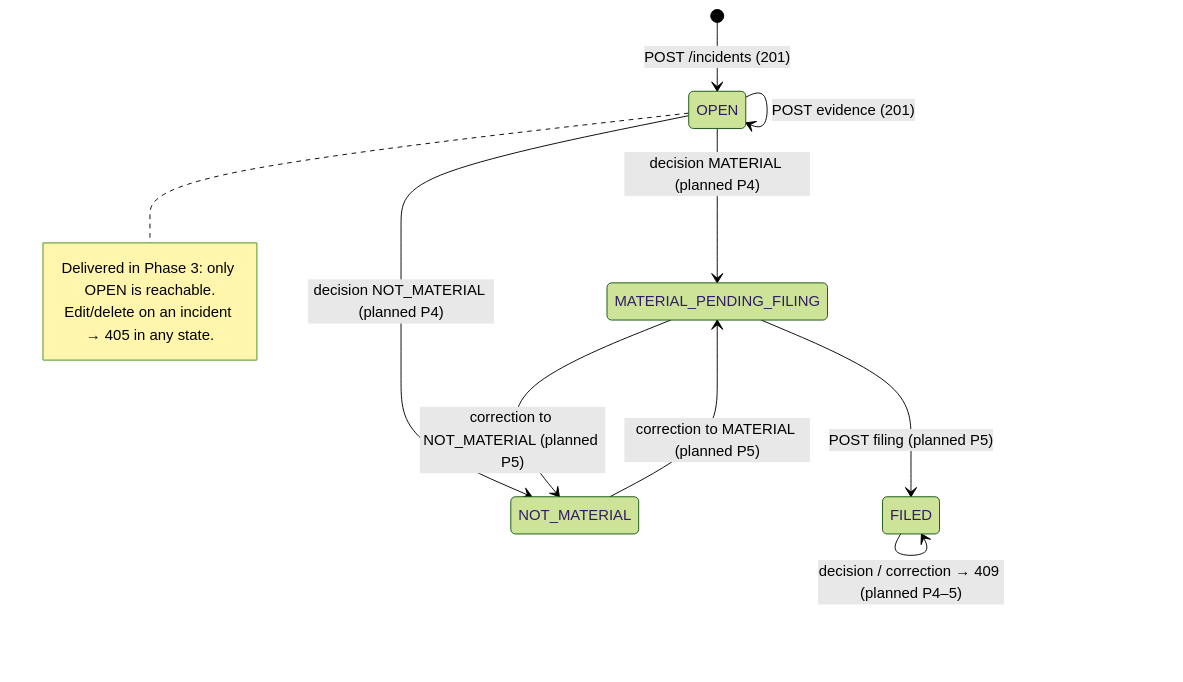
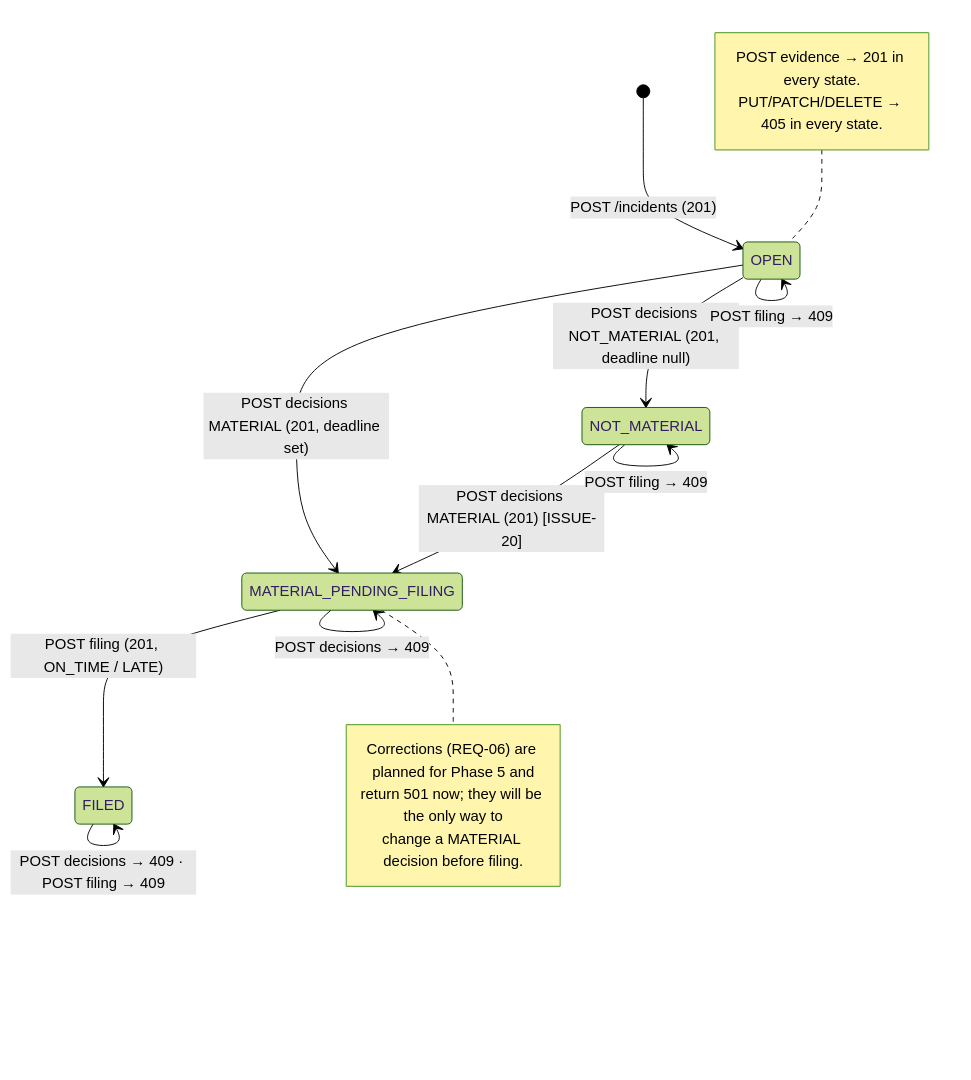
Before and after one commit to saachikayadav/incident-clock: the third of 6 diagrams in docs/models.md, drawn with Mermaid (forest theme). The commit also changed other lines of this file and 26 other files, not shown here.

Commit message:
Phase 4: decisions, state rules, deadline calculator, deadline status, filing

````diff
--- a/docs/models.md
+++ b/docs/models.md
@@ -117,16 +120,23 @@
 ```mermaid
 stateDiagram-v2
   [*] --> OPEN : POST /incidents (201)
-  OPEN --> OPEN : POST evidence (201)
-  OPEN --> MATERIAL_PENDING_FILING : decision MATERIAL (planned P4)
-  OPEN --> NOT_MATERIAL : decision NOT_MATERIAL (planned P4)
-  NOT_MATERIAL --> MATERIAL_PENDING_FILING : correction to MATERIAL (planned P5)
-  MATERIAL_PENDING_FILING --> NOT_MATERIAL : correction to NOT_MATERIAL (planned P5)
-  MATERIAL_PENDING_FILING --> FILED : POST filing (planned P5)
-  FILED --> FILED : decision / correction → 409 (planned P4–5)
+  OPEN --> MATERIAL_PENDING_FILING : POST decisions MATERIAL (201, deadline set)
+  OPEN --> NOT_MATERIAL : POST decisions NOT_MATERIAL (201, deadline null)
+  NOT_MATERIAL --> MATERIAL_PENDING_FILING : POST decisions MATERIAL (201) [ISSUE-20]
+  NOT_MATERIAL --> NOT_MATERIAL : POST decisions NOT_MATERIAL (201)
+  MATERIAL_PENDING_FILING --> FILED : POST filing (201, ON_TIME / LATE)
+  MATERIAL_PENDING_FILING --> MATERIAL_PENDING_FILING : POST decisions → 409
+  FILED --> FILED : POST decisions → 409 · POST filing → 409
+  OPEN --> OPEN : POST filing → 409
+  NOT_MATERIAL --> NOT_MATERIAL : POST filing → 409
 
-  note right of OPEN
-    Delivered in Phase 3: only OPEN is reachable.
-    Edit/delete on an incident → 405 in any state.
+  note right of MATERIAL_PENDING_FILING
+    Corrections (REQ-06) are planned for Phase 5 and
+    return 501 now; they will be the only way to
+    change a MATERIAL decision before filing.
+  end note
+  note left of OPEN
+    POST evidence → 201 in every state.
+    PUT/PATCH/DELETE → 405 in every state.
   end note
 ```
````
